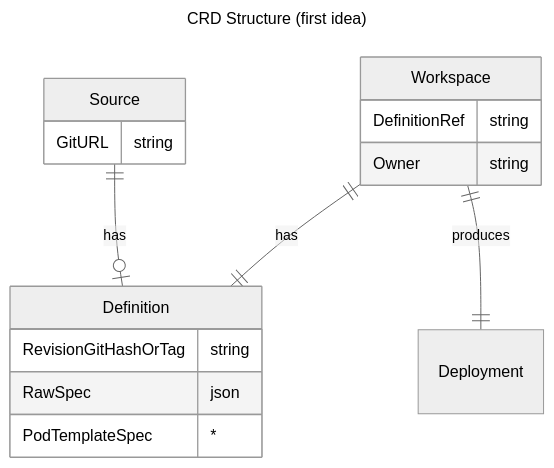
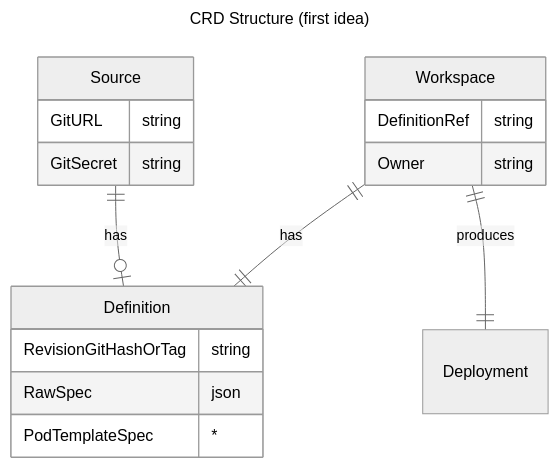
One commit to everproc/devcontainer-operator changed the first of 2 diagrams in README.md. Above: the diagram before and after it, drawn with Mermaid (neutral theme). The commit also changed other lines of this file and 11 other files, not shown here.

````diff
--- a/README.md
+++ b/README.md
@@ -15,23 +15,24 @@
 ```mermaid
 ---
 title: CRD Structure (first idea)
 ---
 erDiagram
     Source ||--o| Definition : has
     Workspace ||--|| Definition : has
     Workspace ||--|| Deployment : produces
 
 	Source {
 		GitURL string
+		GitSecret string
 	}
 	Definition {
 		RevisionGitHashOrTag string
 		RawSpec json
 		PodTemplateSpec *
 	}
 	Workspace {
 		DefinitionRef string
 		Owner string
 	}
 
 ```
````
